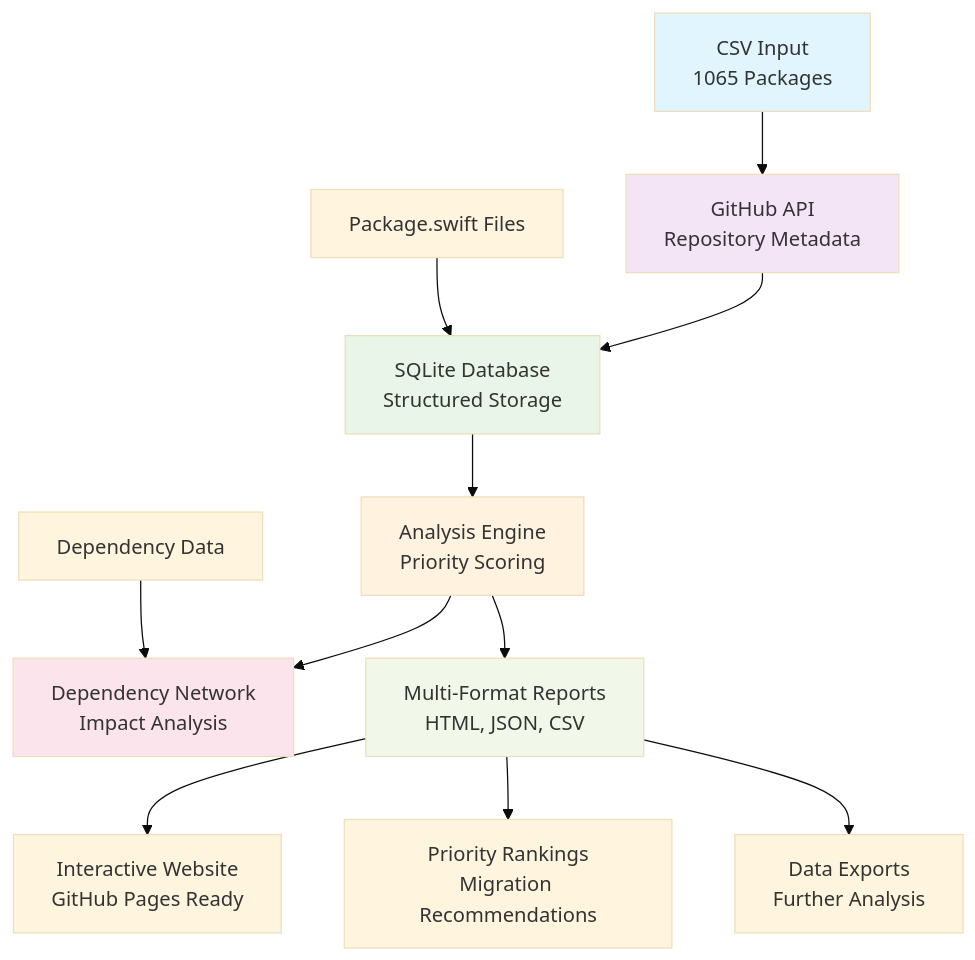
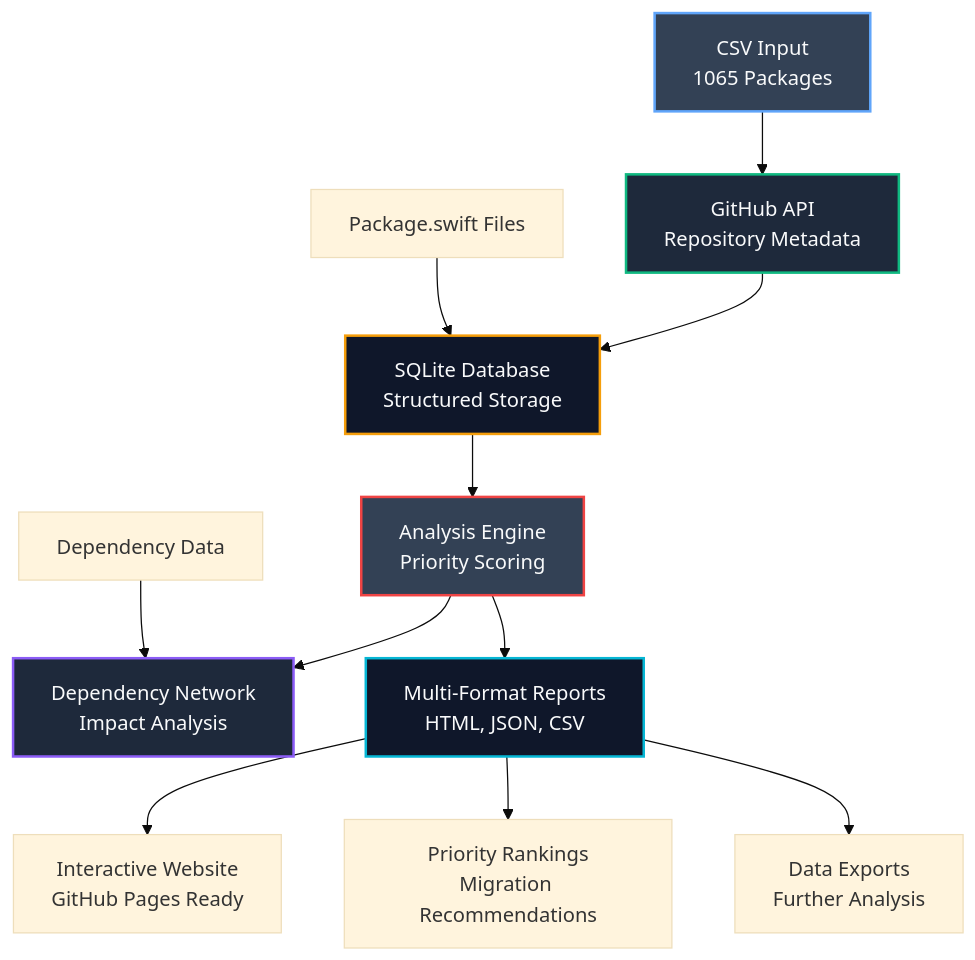
The diagram in README.md (Jake-Prickett/spm-android-support-tracking), drawn with Mermaid (base theme) before and after one commit.

````diff
--- a/README.md
+++ b/README.md
@@ -27,22 +27,22 @@
 ```mermaid
 flowchart TD
     A[CSV Input<br/>1065 Packages] --> B[GitHub API<br/>Repository Metadata]
     B --> C[SQLite Database<br/>Structured Storage]
     C --> D[Analysis Engine<br/>Priority Scoring]
     D --> E[Dependency Network<br/>Impact Analysis]
     D --> F[Multi-Format Reports<br/>HTML, JSON, CSV]
     
     G[Package.swift Files] --> C
     H[Dependency Data] --> E
     
     F --> I[Interactive Website<br/>GitHub Pages Ready]
     F --> J[Priority Rankings<br/>Migration Recommendations]
     F --> K[Data Exports<br/>Further Analysis]
     
-    style A fill:#e1f5fe
-    style B fill:#f3e5f5
-    style C fill:#e8f5e8
-    style D fill:#fff3e0
-    style E fill:#fce4ec
-    style F fill:#f1f8e9
+    style A fill:#334155,stroke:#60a5fa,stroke-width:2px,color:#f9fafb
+    style B fill:#1e293b,stroke:#10b981,stroke-width:2px,color:#f9fafb
+    style C fill:#0f172a,stroke:#f59e0b,stroke-width:2px,color:#f9fafb
+    style D fill:#334155,stroke:#ef4444,stroke-width:2px,color:#f9fafb
+    style E fill:#1e293b,stroke:#8b5cf6,stroke-width:2px,color:#f9fafb
+    style F fill:#0f172a,stroke:#06b6d4,stroke-width:2px,color:#f9fafb
 ```
````
